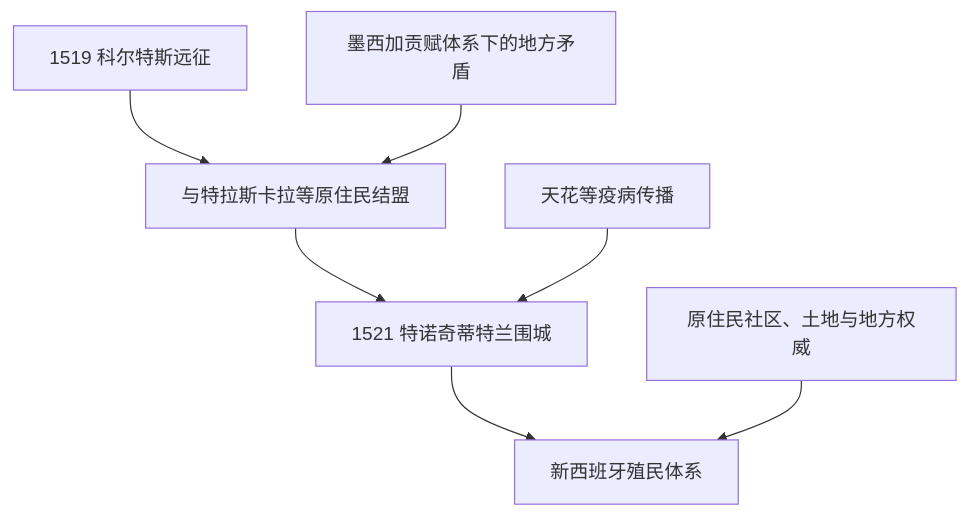
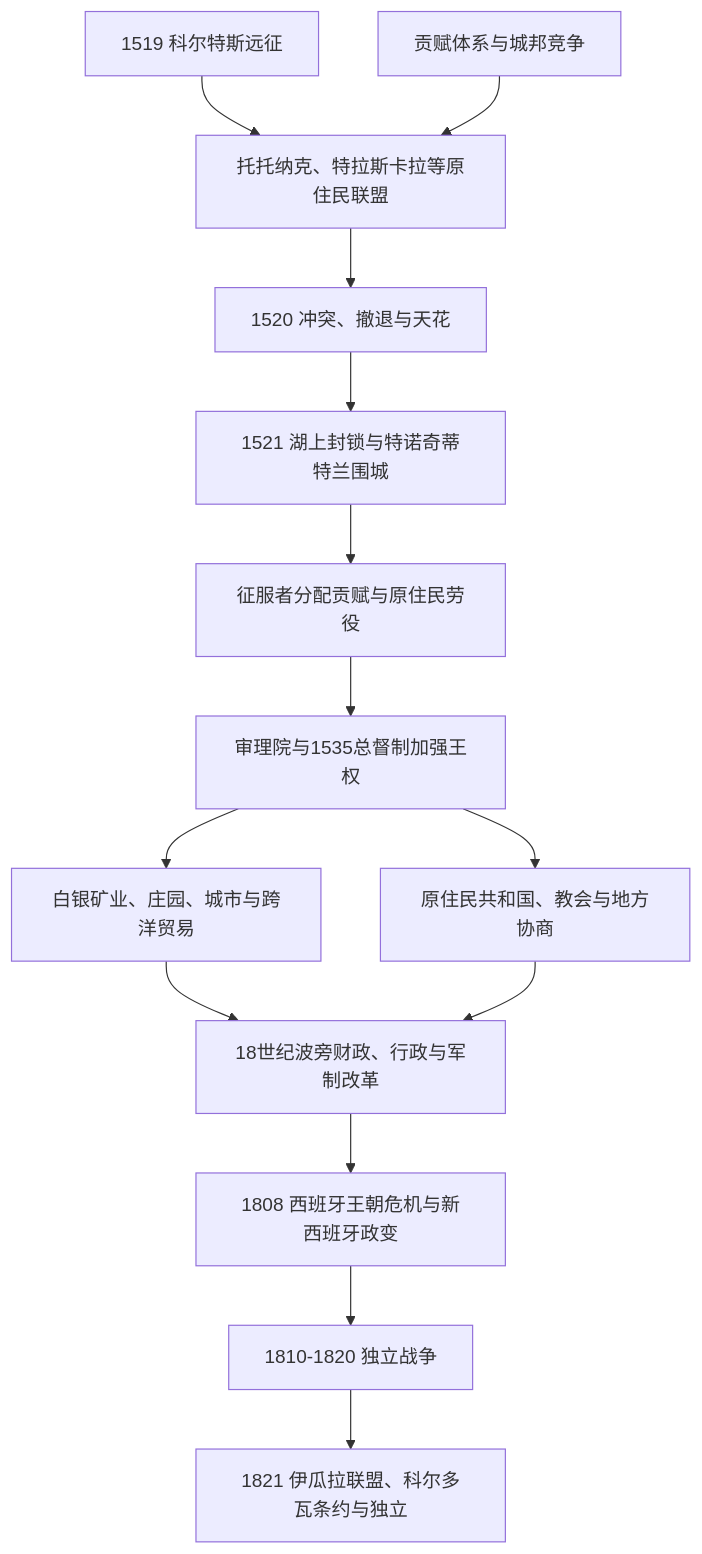
Before and after one commit to tianlan-dev/learning-notes: the diagram in 人文科学/历史/美洲/北美/墨西哥/西班牙征服与新西班牙.md, drawn with Mermaid. The commit also changed other lines of this file and 1417 other files, not shown here.

````diff
--- a/人文科学/历史/美洲/北美/墨西哥/西班牙征服与新西班牙.md
+++ b/人文科学/历史/美洲/北美/墨西哥/西班牙征服与新西班牙.md
@@ -18,9 +17,16 @@
 ```mermaid
 flowchart TD
-    Cortes["1519 科尔特斯远征"] --> Alliances["与特拉斯卡拉等原住民结盟"]
-    MexicaConflict["墨西加贡赋体系下的地方矛盾"] --> Alliances
-    Alliances --> Siege["1521 特诺奇蒂特兰围城"]
-    Epidemic["天花等疫病传播"] --> Siege
-    Siege --> NewSpain["新西班牙殖民体系"]
-    IndigenousContinuity["原住民社区、土地与地方权威"] --> NewSpain
+    Expedition["1519 科尔特斯远征"] --> Alliances["托托纳克、特拉斯卡拉等原住民联盟"]
+    MexicaRivalries["贡赋体系与城邦竞争"] --> Alliances
+    Alliances --> Tenochtitlan["1520 冲突、撤退与天花"]
+    Tenochtitlan --> Siege["1521 湖上封锁与特诺奇蒂特兰围城"]
+    Siege --> ConquestSociety["征服者分配贡赋与原住民劳役"]
+    ConquestSociety --> Crown["审理院与1535总督制加强王权"]
+    Crown --> Silver["白银矿业、庄园、城市与跨洋贸易"]
+    Crown --> Communities["原住民共和国、教会与地方协商"]
+    Silver --> Bourbon["18世纪波旁财政、行政与军制改革"]
+    Communities --> Bourbon
+    Bourbon --> Crisis1808["1808 西班牙王朝危机与新西班牙政变"]
+    Crisis1808 --> Insurgency["1810-1820 独立战争"]
+    Insurgency --> Coalition1821["1821 伊瓜拉联盟、科尔多瓦条约与独立"]
 ```
````
